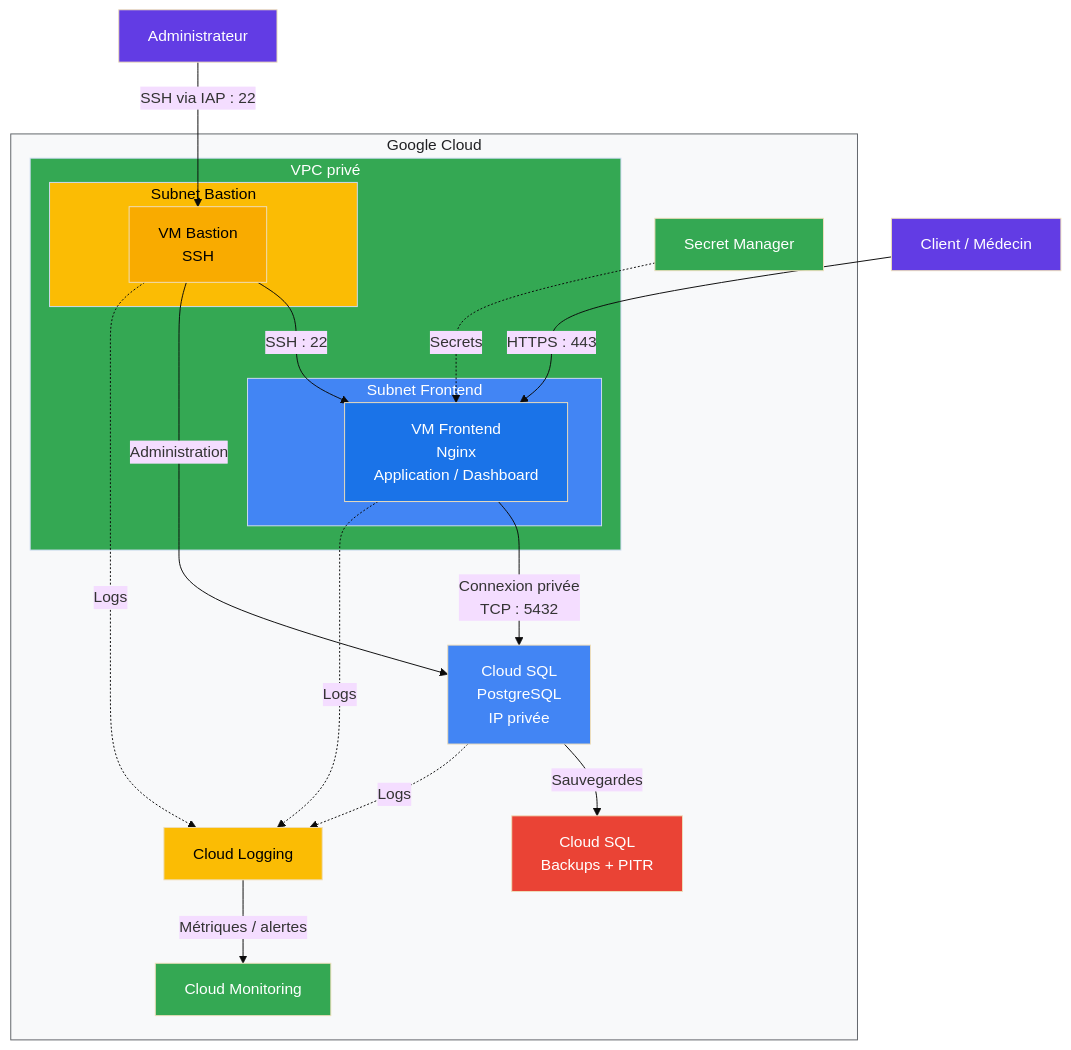
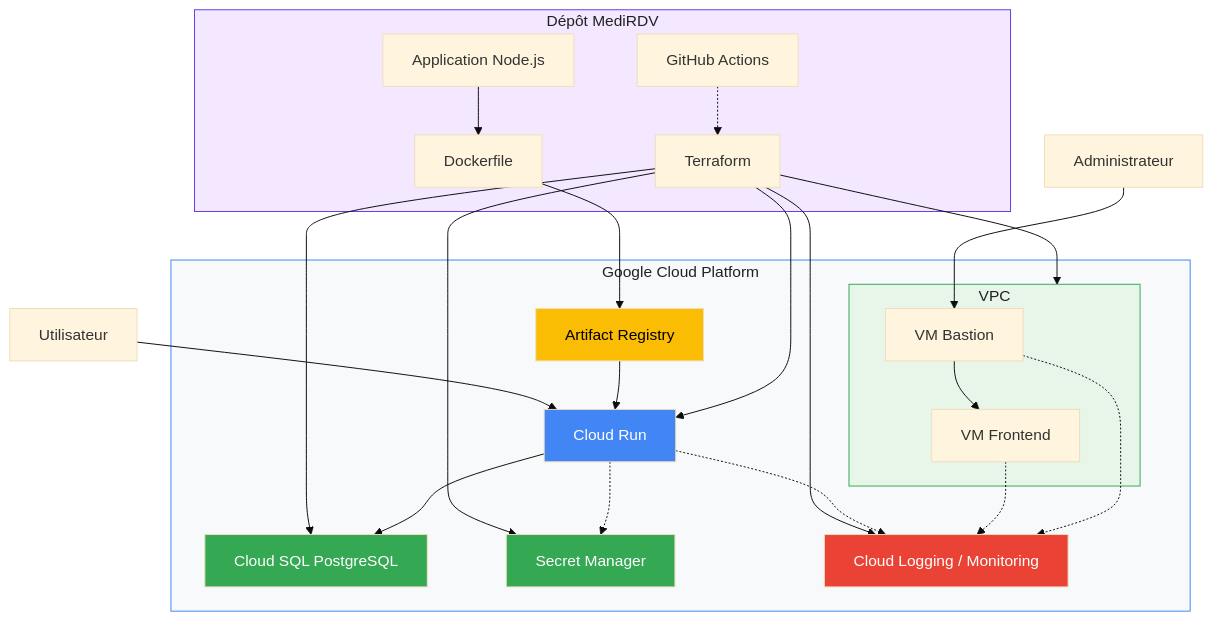
Before and after one commit to ismael-belghazi/medirdv: the diagram in README.md, drawn with Mermaid (base theme). The commit also changed other lines of this file and 6 other files, not shown here.

````diff
--- a/README.md
+++ b/README.md
@@ -20,58 +22,58 @@
 ```mermaid
 flowchart TB
-
-    CLIENT["Client / Médecin"]
+    USER["Utilisateur"]
     ADMIN["Administrateur"]
 
-    subgraph GCP["Google Cloud"]
-        subgraph VPC["VPC privé"]
+    subgraph REPO["Dépôt MediRDV"]
+        APP["Application Node.js"]
+        DOCKER["Dockerfile"]
+        TF["Terraform"]
+        CI["GitHub Actions"]
+    end
 
-            subgraph FRONT_SUBNET["Subnet Frontend"]
-                FRONT["VM Frontend<br/>Nginx<br/>Application / Dashboard"]
-            end
+    subgraph GCP["Google Cloud Platform"]
+        AR["Artifact Registry"]
 
-            subgraph BASTION_SUBNET["Subnet Bastion"]
-                BASTION["VM Bastion<br/>SSH"]
-            end
-
+        subgraph NET["VPC"]
+            VMF["VM Frontend"]
+            VMB["VM Bastion"]
         end
 
-        SQL["Cloud SQL<br/>PostgreSQL<br/>IP privée"]
-        SECRET["Secret Manager"]
-        BACKUP["Cloud SQL<br/>Backups + PITR"]
-        LOG["Cloud Logging"]
-        MON["Cloud Monitoring"]
+        CR["Cloud Run"]
+        SQL["Cloud SQL PostgreSQL"]
+        SM["Secret Manager"]
+        OBS["Cloud Logging / Monitoring"]
     end
 
-    CLIENT -->|"HTTPS : 443"| FRONT
-    ADMIN -->|"SSH via IAP : 22"| BASTION
-    BASTION -->|"SSH : 22"| FRONT
-    FRONT -->|"Connexion privée<br/>TCP : 5432"| SQL
-    BASTION -->|"Administration"| SQL
+    USER --> CR
+    ADMIN --> VMB
+    VMB --> VMF
 
-    SECRET -.->|"Secrets"| FRONT
-    SQL -->|"Sauvegardes"| BACKUP
+    APP --> DOCKER
+    DOCKER --> AR
+    AR --> CR
 
-    FRONT -.->|"Logs"| LOG
-    BASTION -.->|"Logs"| LOG
-    SQL -.->|"Logs"| LOG
-    LOG -->|"Métriques / alertes"| MON
+    TF --> NET
+    TF --> SQL
+    TF --> CR
+    TF --> SM
+    TF --> OBS
 
-    style CLIENT fill:#623CE4,color:#fff
-    style ADMIN fill:#623CE4,color:#fff
+    CR --> SQL
+    CR -.-> SM
 
-    style GCP fill:#f8f9fa,stroke:#5f6368,color:#202124
-    style VPC fill:#34A853,color:#fff
+    CR -.-> OBS
+    VMF -.-> OBS
+    VMB -.-> OBS
 
-    style FRONT_SUBNET fill:#4285F4,color:#fff
-    style BASTION_SUBNET fill:#FBBC04,color:#000
+    CI -.-> TF
 
-    style FRONT fill:#1a73e8,color:#fff
-    style BASTION fill:#f9ab00,color:#000
-
-    style SQL fill:#4285F4,color:#fff
-    style SECRET fill:#34A853,color:#fff
-    style BACKUP fill:#EA4335,color:#fff
-    style LOG fill:#FBBC04,color:#000
-    style MON fill:#34A853,color:#fff
+    style REPO fill:#f3e8ff,stroke:#623CE4,color:#202124
+    style GCP fill:#f8f9fa,stroke:#4285F4,color:#202124
+    style NET fill:#e8f5e9,stroke:#34A853,color:#202124
+    style CR fill:#4285F4,color:#fff
+    style SQL fill:#34A853,color:#fff
+    style AR fill:#FBBC04,color:#000
+    style SM fill:#34A853,color:#fff
+    style OBS fill:#EA4335,color:#fff
 ```
````
